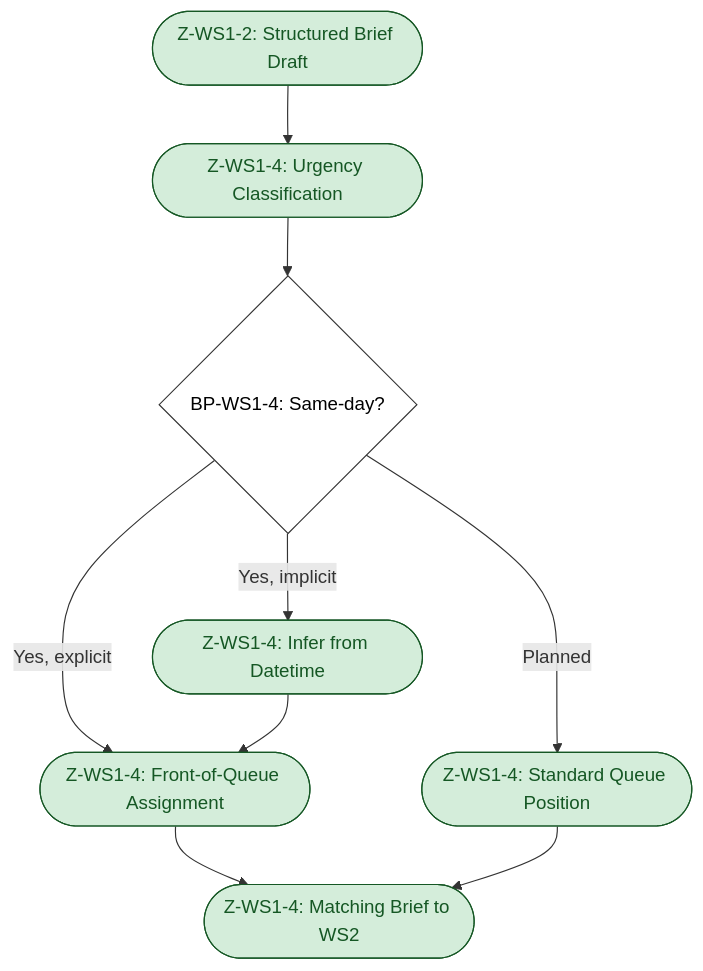
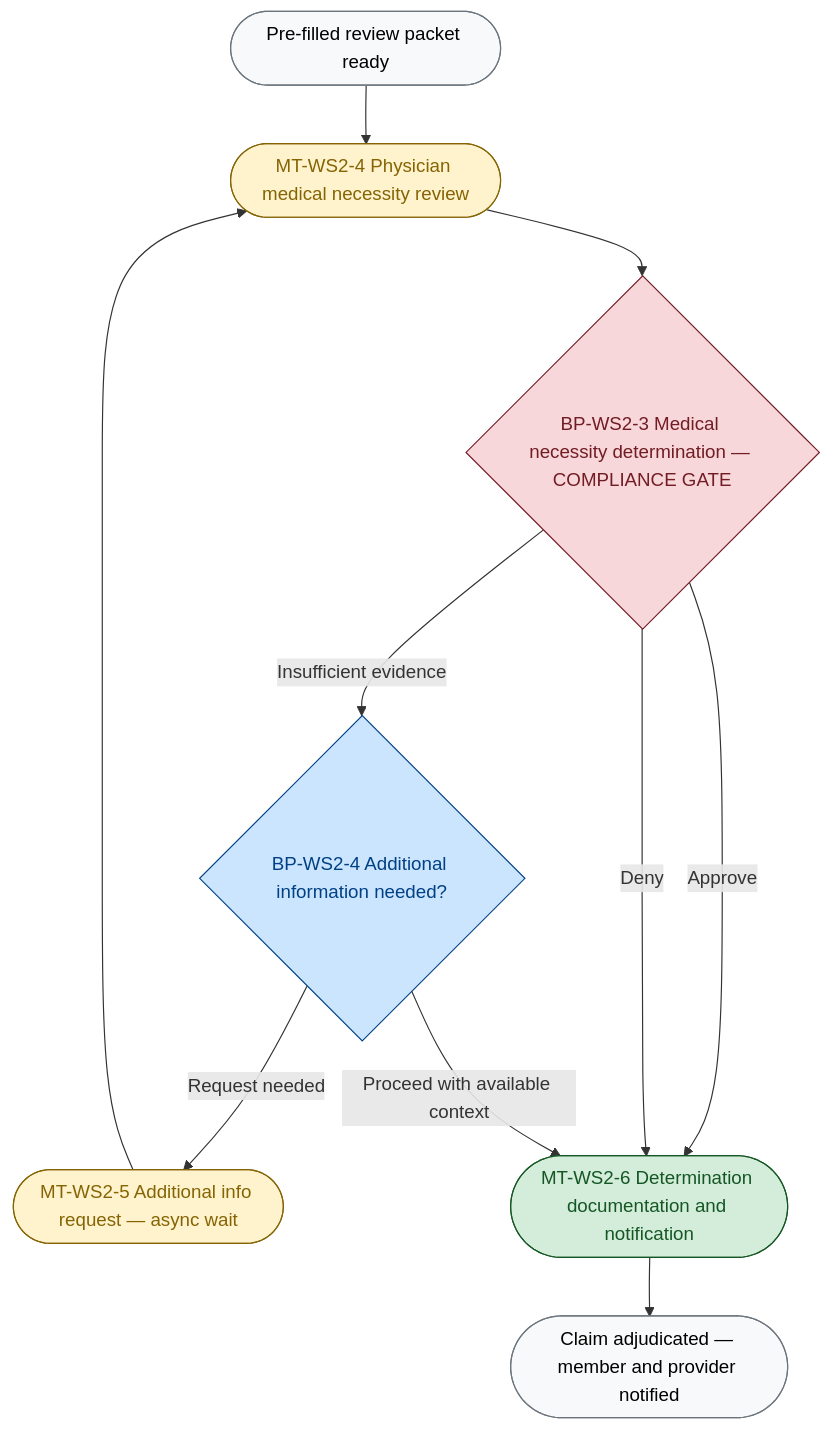
The fourth of 4 diagrams in Week4/Deliverables/D2A_cognitive_load_map.md (Benoit-Charrier/FDE-Program), drawn with Mermaid before and after one commit. The commit also changed other lines of this file and 18 other files, not shown here.

````diff
--- a/Week4/Deliverables/D2A_cognitive_load_map.md
+++ b/Week4/Deliverables/D2A_cognitive_load_map.md
@@ -280,19 +338,28 @@
 ```mermaid
 flowchart TD
-    D([Z-WS1-2: Structured Brief Draft]) --> G([Z-WS1-4: Urgency Classification])
-    G --> BP4{BP-WS1-4: Same-day?}
-    BP4 -- Yes, explicit --> H([Z-WS1-4: Front-of-Queue Assignment])
-    BP4 -- Yes, implicit --> I([Z-WS1-4: Infer from Datetime])
-    BP4 -- Planned --> J([Z-WS1-4: Standard Queue Position])
-    I --> H
-    H --> K([Z-WS1-4: Matching Brief to WS2])
-    J --> K
+    W2B_PKT([Pre-filled review packet ready])
+    W2B_PHY([MT-WS2-4 Physician medical necessity review])
+    W2B_BP3{BP-WS2-3 Medical necessity determination — COMPLIANCE GATE}
+    W2B_BP4{BP-WS2-4 Additional information needed?}
+    W2B_AIR([MT-WS2-5 Additional info request — async wait])
+    W2B_DOC([MT-WS2-6 Determination documentation and notification])
+    W2B_END([Claim adjudicated — member and provider notified])
 
-    style D fill:#d4edda,color:#155724,stroke:#155724
-    style G fill:#d4edda,color:#155724,stroke:#155724
-    style H fill:#d4edda,color:#155724,stroke:#155724
-    style I fill:#d4edda,color:#155724,stroke:#155724
-    style J fill:#d4edda,color:#155724,stroke:#155724
-    style K fill:#d4edda,color:#155724,stroke:#155724
-    style BP4 fill:#ffffff,color:#000000,stroke:#333333
+    W2B_PKT --> W2B_PHY
+    W2B_PHY --> W2B_BP3
+    W2B_BP3 -->|Approve| W2B_DOC
+    W2B_BP3 -->|Deny| W2B_DOC
+    W2B_BP3 -->|Insufficient evidence| W2B_BP4
+    W2B_BP4 -->|Request needed| W2B_AIR
+    W2B_AIR --> W2B_PHY
+    W2B_BP4 -->|Proceed with available context| W2B_DOC
+    W2B_DOC --> W2B_END
+
+    style W2B_PKT fill:#f8f9fa,color:#000000,stroke:#6c757d
+    style W2B_PHY fill:#fff3cd,color:#856404,stroke:#856404
+    style W2B_AIR fill:#fff3cd,color:#856404,stroke:#856404
+    style W2B_DOC fill:#d4edda,color:#155724,stroke:#155724
+    style W2B_END fill:#f8f9fa,color:#000000,stroke:#6c757d
+    style W2B_BP3 fill:#f8d7da,color:#721c24,stroke:#721c24
+    style W2B_BP4 fill:#cce5ff,color:#004085,stroke:#004085
 ```
````
